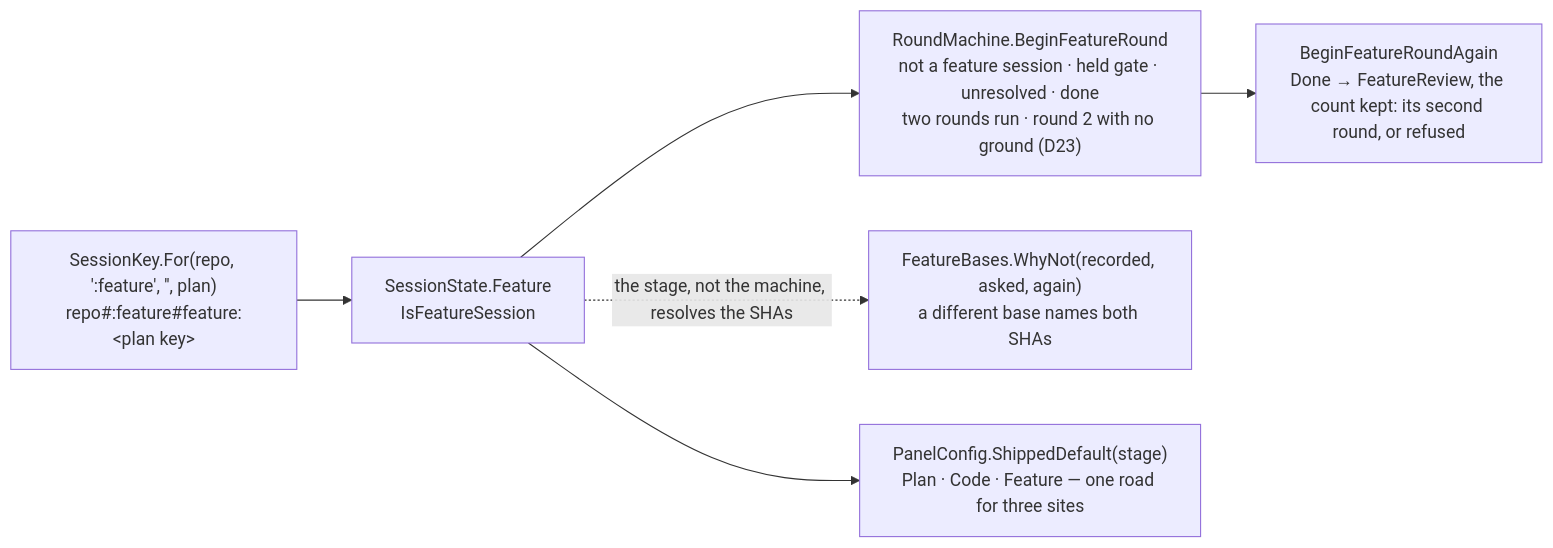
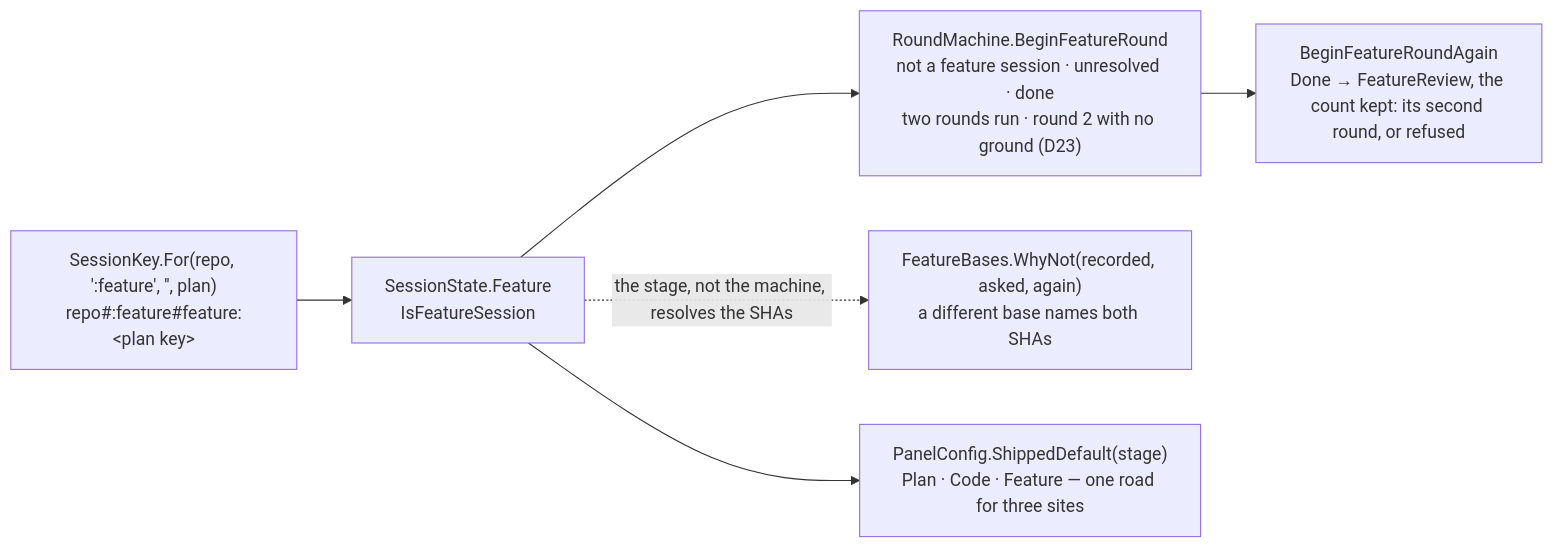
The third of 7 diagrams in research/module_core.md (oleksandrdubyna88/dew_flow_connect_other_ais), drawn with Mermaid before and after one commit. The commit also changed other lines of this file and 1025 other files, not shown here.

````diff
--- a/research/module_core.md
+++ b/research/module_core.md
@@ -372,12 +377,12 @@
 ```mermaid
 flowchart LR
   key["SessionKey.For(repo, ':feature', '', plan)<br/>repo#:feature#feature:&lt;plan key&gt;"]
   st["SessionState.Feature<br/>IsFeatureSession"]
-  begin["RoundMachine.BeginFeatureRound<br/>not a feature session · held gate · unresolved · done<br/>two rounds run · round 2 with no ground (D23)"]
+  begin["RoundMachine.BeginFeatureRound<br/>not a feature session · unresolved · done<br/>two rounds run · round 2 with no ground (D23)"]
   again["BeginFeatureRoundAgain<br/>Done → FeatureReview, the count kept: its second round, or refused"]
   bases["FeatureBases.WhyNot(recorded, asked, again)<br/>a different base names both SHAs"]
   gate["PanelConfig.ShippedDefault(stage)<br/>Plan · Code · Feature — one road for three sites"]
   key --> st --> begin --> again
   st -. "the stage, not the machine, resolves the SHAs" .-> bases
   st --> gate
 ```
````
